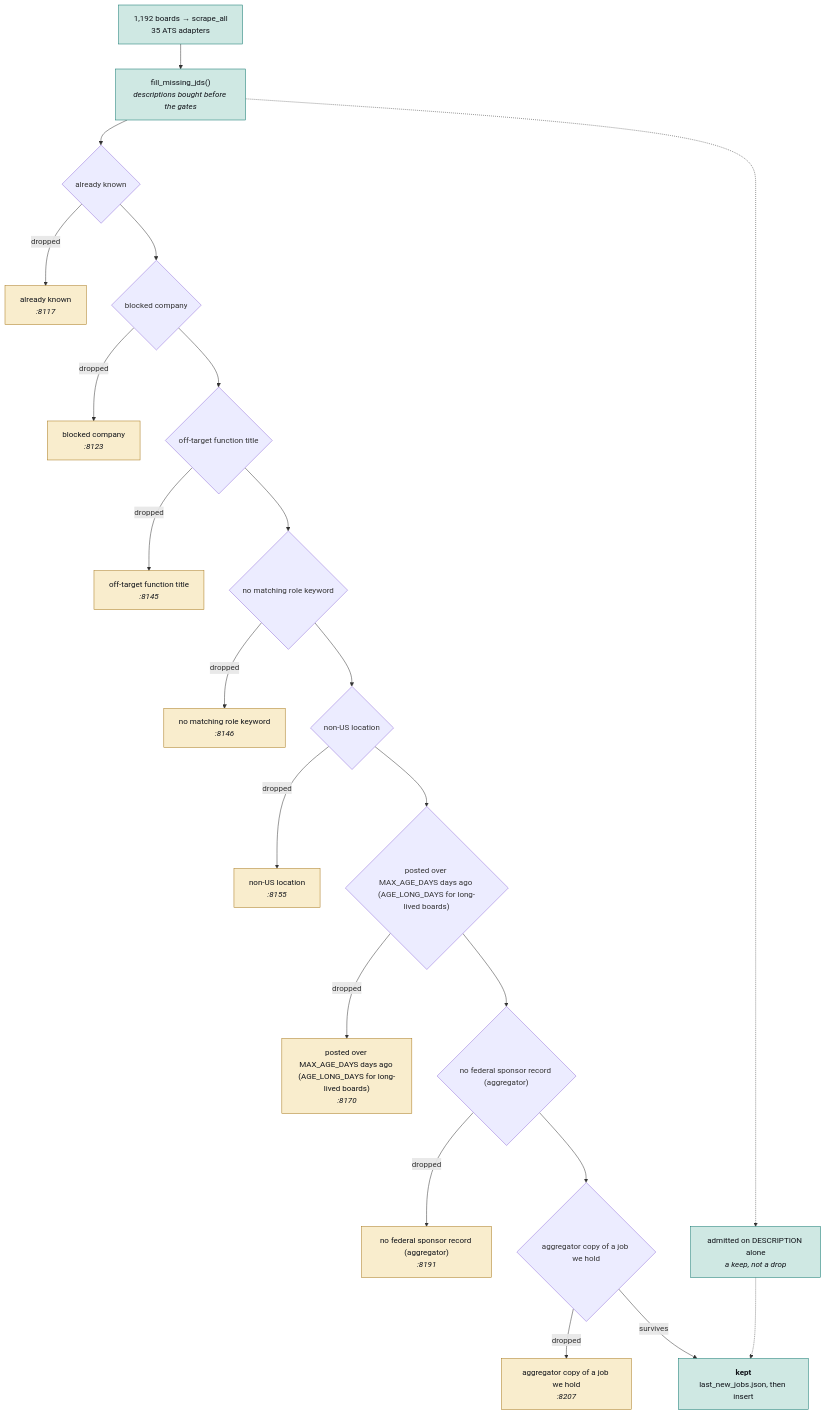
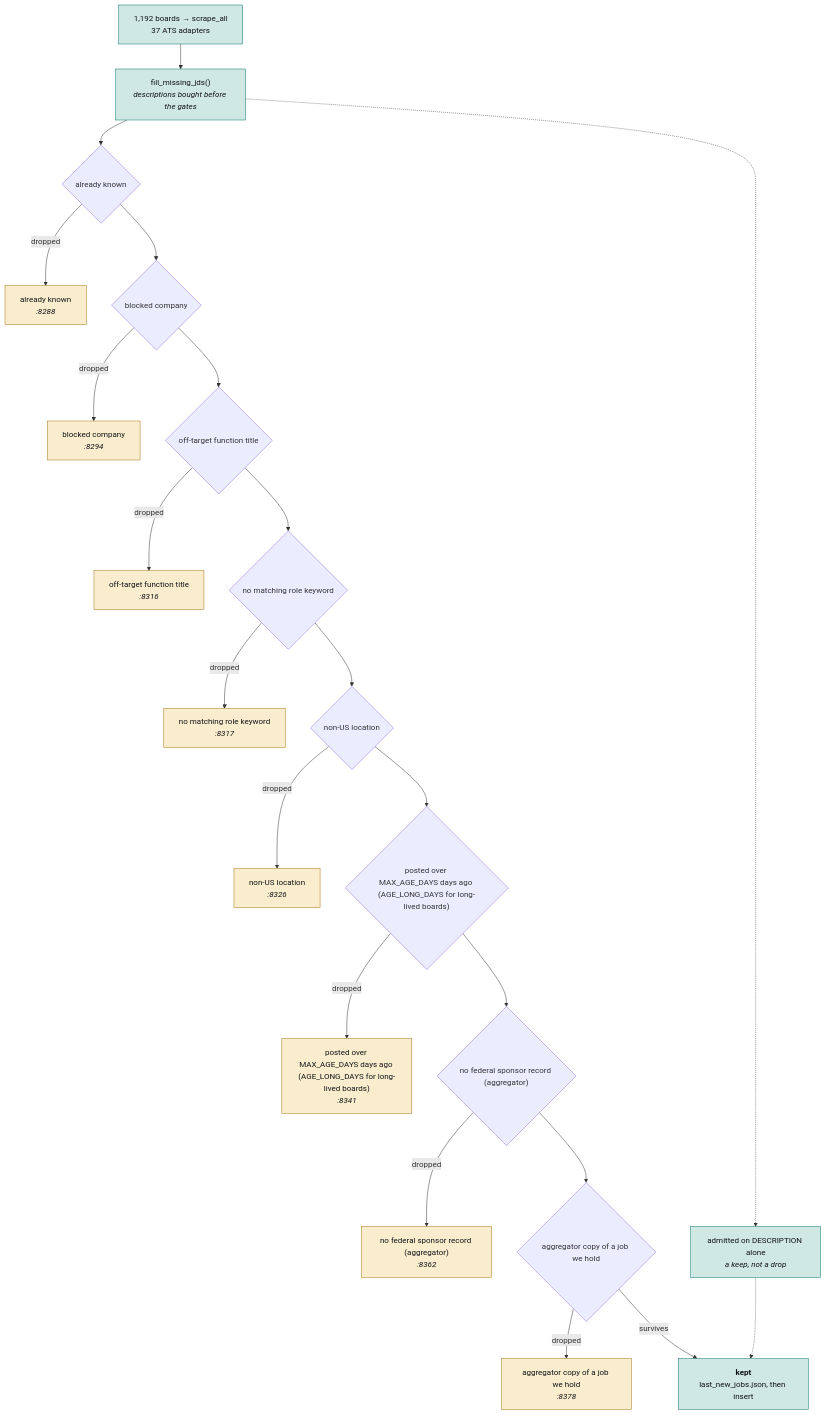
One commit to hadakunal909-debug/job-search-tool changed the second of 4 diagrams in JobMatch Scraper/docs/ARCHITECTURE.md. Above: the diagram before and after it, drawn with Mermaid. The commit also changed other lines of this file and 6 other files, not shown here.

````diff
--- a/JobMatch Scraper/docs/ARCHITECTURE.md
+++ b/JobMatch Scraper/docs/ARCHITECTURE.md
@@ -106,54 +106,54 @@
 ```mermaid
 flowchart TB
-  SRC["1,192 boards → scrape_all<br/>35 ATS adapters"]
+  SRC["1,192 boards → scrape_all<br/>37 ATS adapters"]
   JD["fill_missing_jds()<br/><i>descriptions bought before the gates</i>"]
   SRC --> JD
   G0{"already known"}
-  D0["already known<br/><i>:8117</i>"]
+  D0["already known<br/><i>:8288</i>"]
   JD --> G0
   G0 -->|dropped| D0
   class D0 trap
   G1{"blocked company"}
-  D1["blocked company<br/><i>:8123</i>"]
+  D1["blocked company<br/><i>:8294</i>"]
   G0 --> G1
   G1 -->|dropped| D1
   class D1 trap
   G2{"off-target function title"}
-  D2["off-target function title<br/><i>:8145</i>"]
+  D2["off-target function title<br/><i>:8316</i>"]
   G1 --> G2
   G2 -->|dropped| D2
   class D2 trap
   G3{"no matching role keyword"}
-  D3["no matching role keyword<br/><i>:8146</i>"]
+  D3["no matching role keyword<br/><i>:8317</i>"]
   G2 --> G3
   G3 -->|dropped| D3
   class D3 trap
   G4{"non-US location"}
-  D4["non-US location<br/><i>:8155</i>"]
+  D4["non-US location<br/><i>:8326</i>"]
   G3 --> G4
   G4 -->|dropped| D4
   class D4 trap
   G5{"posted over MAX_AGE_DAYS days ago (AGE_LONG_DAYS for long-lived boards)"}
-  D5["posted over MAX_AGE_DAYS days ago (AGE_LONG_DAYS for long-lived boards)<br/><i>:8170</i>"]
+  D5["posted over MAX_AGE_DAYS days ago (AGE_LONG_DAYS for long-lived boards)<br/><i>:8341</i>"]
   G4 --> G5
   G5 -->|dropped| D5
   class D5 trap
   G6{"no federal sponsor record (aggregator)"}
-  D6["no federal sponsor record (aggregator)<br/><i>:8191</i>"]
+  D6["no federal sponsor record (aggregator)<br/><i>:8362</i>"]
   G5 --> G6
   G6 -->|dropped| D6
   class D6 trap
   G7{"aggregator copy of a job we hold"}
-  D7["aggregator copy of a job we hold<br/><i>:8207</i>"]
+  D7["aggregator copy of a job we hold<br/><i>:8378</i>"]
   G6 --> G7
   G7 -->|dropped| D7
   class D7 trap
   KEEP["<b>kept</b><br/>last_new_jobs.json, then insert"]
   G7 -->|survives| KEEP
   RESCUE["admitted on DESCRIPTION alone<br/><i>a keep, not a drop</i>"]
   JD -.-> RESCUE
   RESCUE -.-> KEEP
   classDef trap fill:#f9edcd,stroke:#a8781a,color:#101319
   classDef sched fill:#cfe8e3,stroke:#0f766e,color:#101319
   class SRC,JD,KEEP,RESCUE sched
 ```
````
